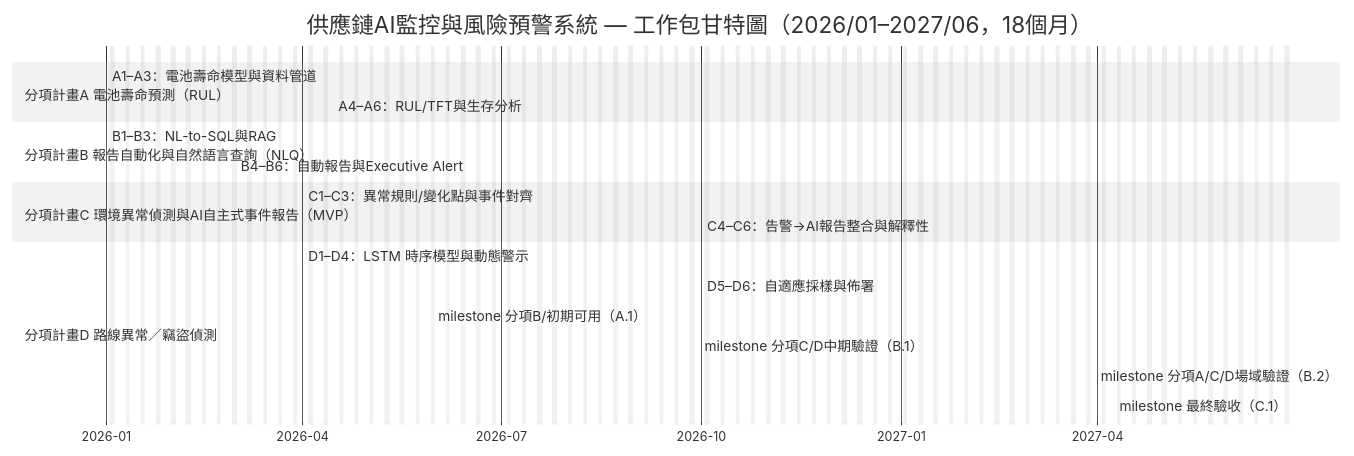
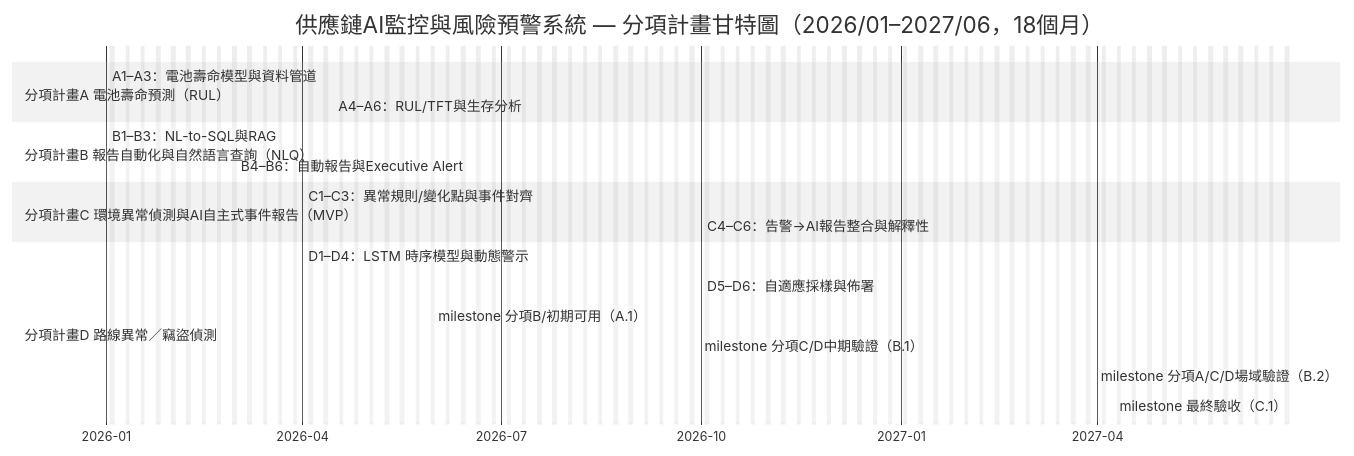
Before and after one commit to jshuo/ai-moea-proposal: the tenth of 10 diagrams in proposal/AI應用躍昇計畫-計畫書-提交版.md, drawn with Mermaid (neutral theme). The commit also changed other lines of this file, not shown here.

````diff
--- a/proposal/AI應用躍昇計畫-計畫書-提交版.md
+++ b/proposal/AI應用躍昇計畫-計畫書-提交版.md
@@ -924,28 +924,28 @@
 ```mermaid
 gantt
-  title 供應鏈AI監控與風險預警系統 — 工作包甘特圖（2026/01–2027/06，18個月）
+  title 供應鏈AI監控與風險預警系統 — 分項計畫甘特圖（2026/01–2027/06，18個月）
   dateFormat  YYYY-MM-DD
   axisFormat  %Y-%m
   excludes    weekends
 
   section 分項計畫A 電池壽命預測（RUL）
   A1–A3：電池壽命模型與資料管道      :a1, 2026-01-01, 4m
    A4–A6：RUL/TFT與生存分析           :a2, 2026-04-15, 6m
 
    section 分項計畫B 報告自動化與自然語言查詢（NLQ）
    B1–B3：NL-to-SQL與RAG            :b1, 2026-01-01, 3.5m
    B4–B6：自動報告與Executive Alert  :b2, 2026-03-01, 2.5m
 
   section 分項計畫C 環境異常偵測與AI自主式事件報告（MVP）
   C1–C3：異常規則/變化點與事件對齊  :c1, 2026-04-01, 8m
   C4–C6：告警→AI報告整合與解釋性     :c2, 2026-10-01, 4m
 
   section 分項計畫D 路線異常／竊盜偵測
   D1–D4：LSTM 時序模型與動態警示      :d1, 2026-04-01, 9m
    D5–D6：自適應採樣與佈署          :d2, 2026-10-01, 5m
 
    milestone 分項B/初期可用（A.1）   :m1, 2026-05-31, 0d
    milestone 分項C/D中期驗證（B.1）  :m2, 2026-09-30, 0d
    milestone 分項A/C/D場域驗證（B.2）:m3, 2027-03-31, 0d
   milestone 最終驗收（C.1）         :m4, 2027-06-30, 0d
 ```
````
